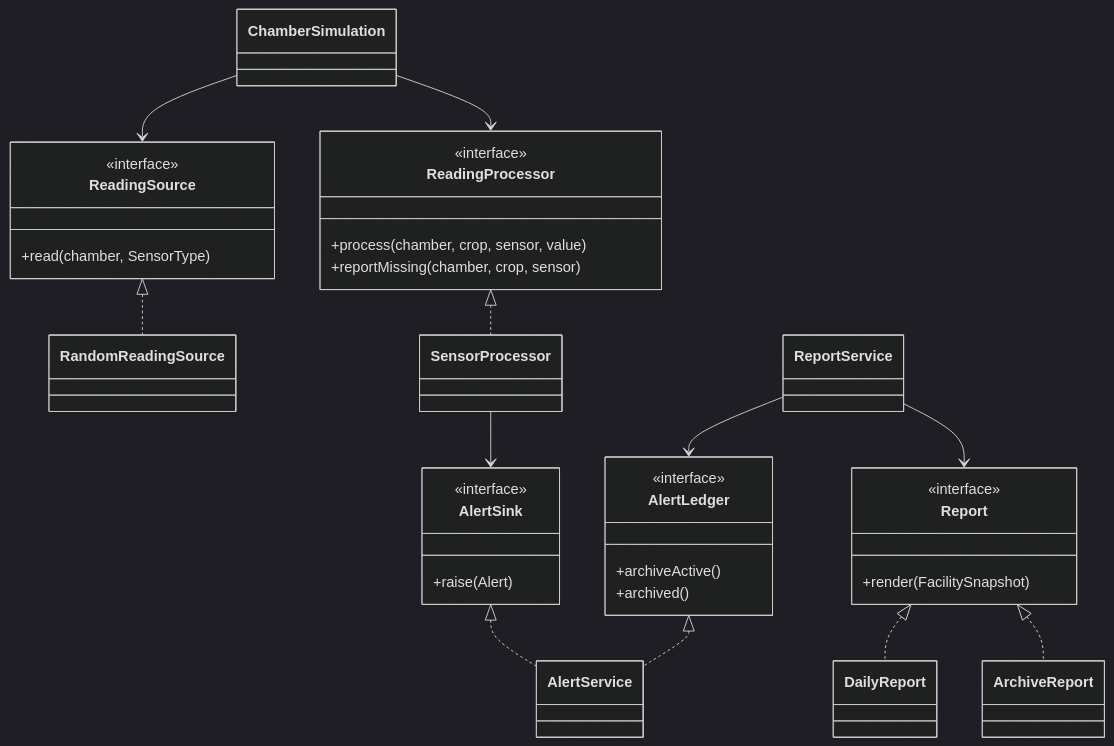
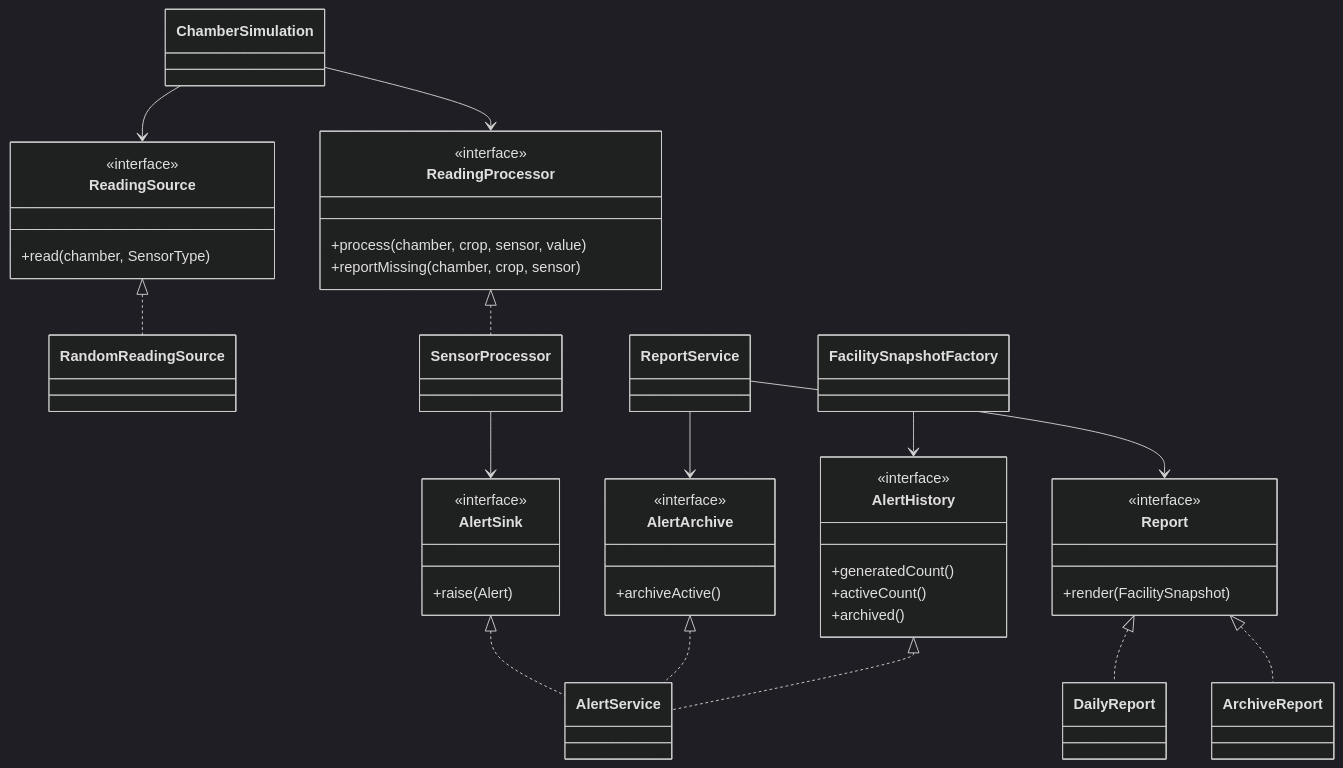
The third of 4 diagrams in README.md (jarenlimhaan/se301-svfrms), drawn with Mermaid (dark theme) before and after one commit. The commit also changed other lines of this file and 20 other files, not shown here.

````diff
--- a/README.md
+++ b/README.md
@@ -154,37 +156,44 @@
 ```mermaid
 classDiagram
     direction TB
     class ReadingSource {
         <<interface>>
         +read(chamber, SensorType)
     }
     class ReadingProcessor {
         <<interface>>
         +process(chamber, crop, sensor, value)
         +reportMissing(chamber, crop, sensor)
     }
     class AlertSink {
         <<interface>>
         +raise(Alert)
     }
-    class AlertLedger {
+    class AlertArchive {
         <<interface>>
         +archiveActive()
+    }
+    class AlertHistory {
+        <<interface>>
+        +generatedCount()
+        +activeCount()
         +archived()
     }
     class Report {
         <<interface>>
         +render(FacilitySnapshot)
     }
     ChamberSimulation --> ReadingSource
     ChamberSimulation --> ReadingProcessor
     ReadingSource <|.. RandomReadingSource
     ReadingProcessor <|.. SensorProcessor
     SensorProcessor --> AlertSink
     AlertSink <|.. AlertService
-    AlertLedger <|.. AlertService
-    ReportService --> AlertLedger
+    AlertArchive <|.. AlertService
+    AlertHistory <|.. AlertService
+    ReportService --> AlertArchive
+    FacilitySnapshotFactory --> AlertHistory
     ReportService --> Report
     Report <|.. DailyReport
     Report <|.. ArchiveReport
 ```
````
